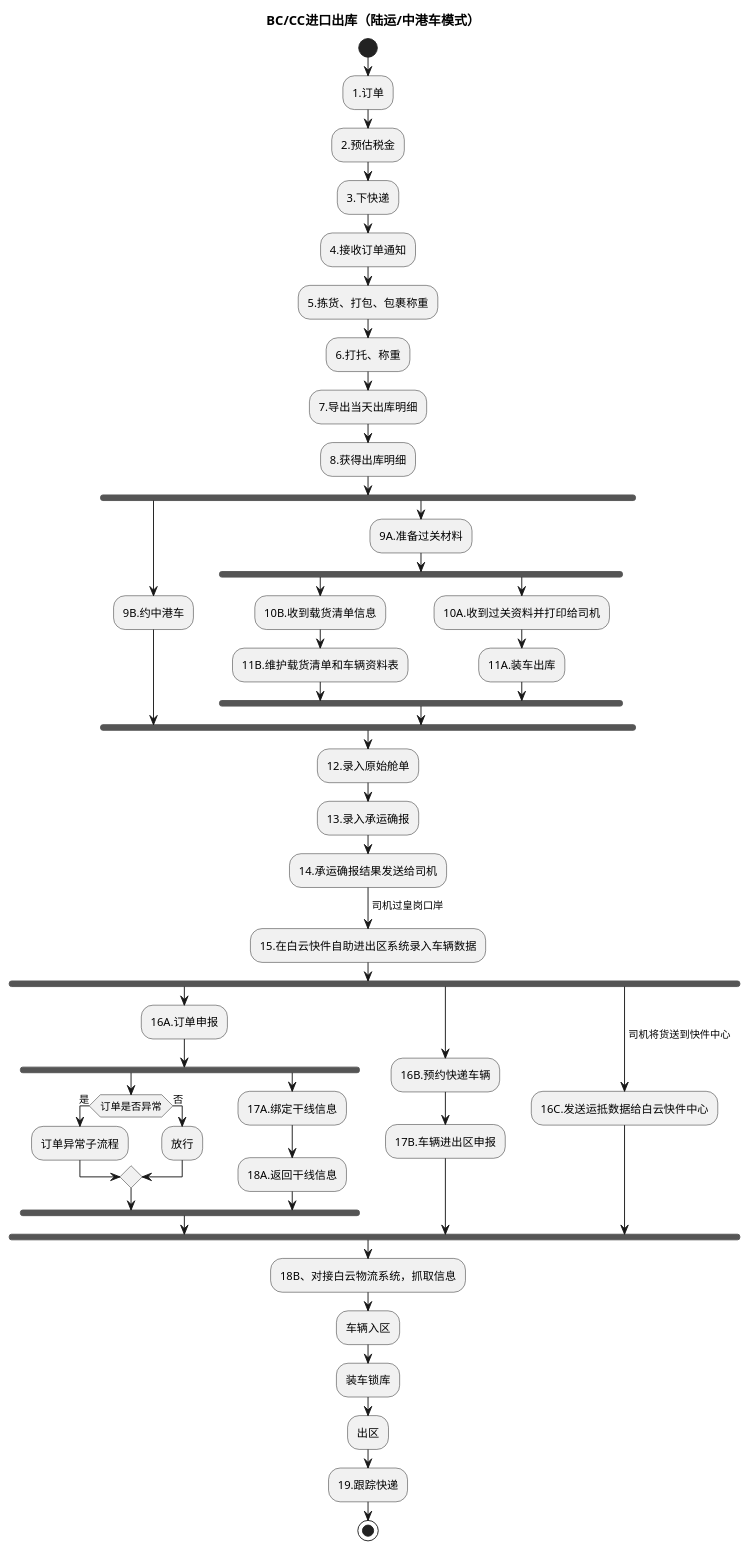
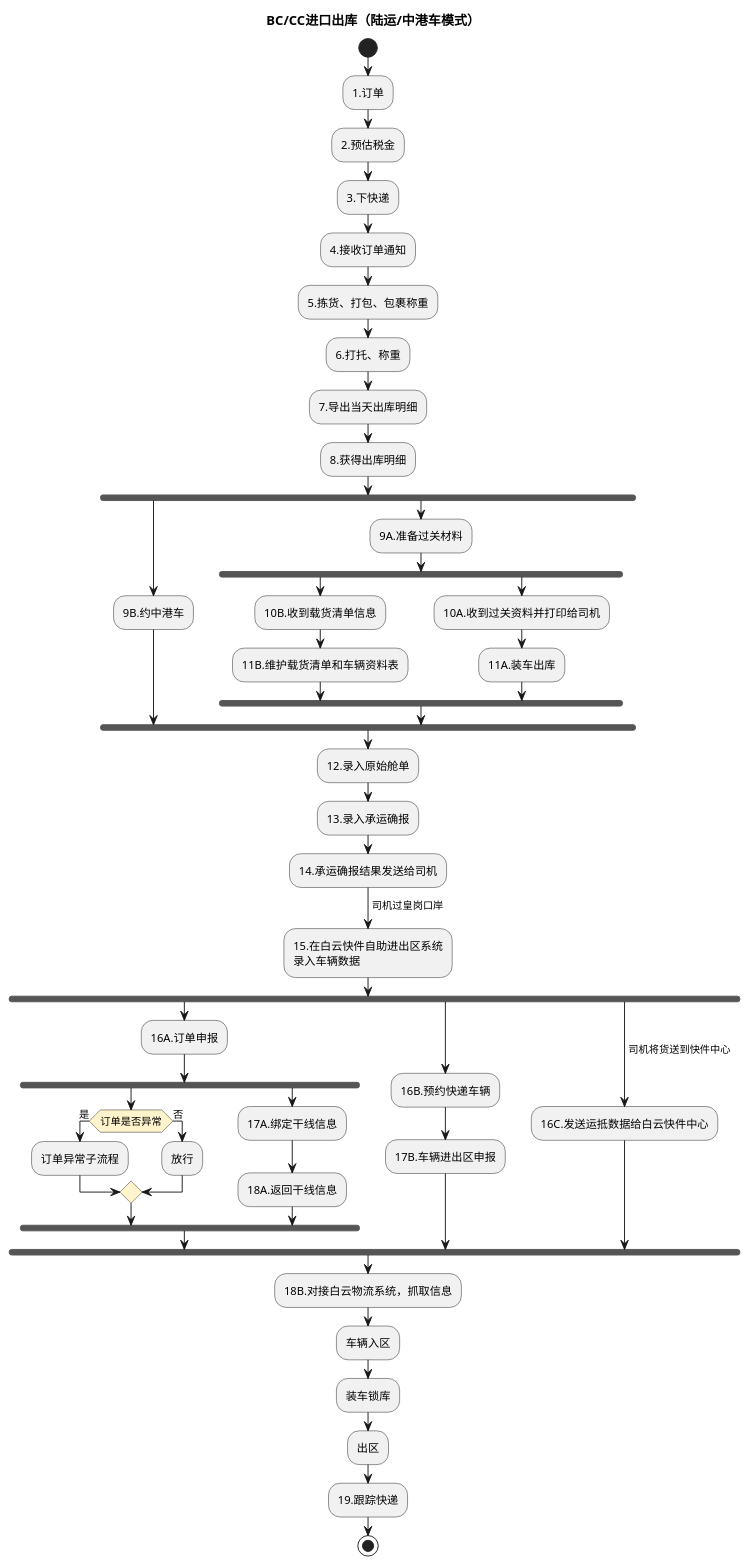
One commit to jack888332/projects-doc changed the fourth of 6 diagrams in product-caliber/goldjet/segmented-prd/mainflow/PRD.高捷物流系统一期.主流程.05.跨境电商BC、个人物品CC进口详细流程.md. Above: the diagram before and after it, drawn with PlantUML. The commit also changed other lines of this file and 20 other files, not shown here.

Commit message:
优化流程表对应的DLS图

````diff
--- a/product-caliber/goldjet/segmented-prd/mainflow/PRD.高捷物流系统一期.主流程.05.跨境电商BC、个人物品CC进口详细流程.md
+++ b/product-caliber/goldjet/segmented-prd/mainflow/PRD.高捷物流系统一期.主流程.05.跨境电商BC、个人物品CC进口详细流程.md
@@ -121,56 +124,57 @@
 ```plantuml
 @startuml
+skinparam activityDiamondBackgroundColor #FFF4CC
 title BC/CC进口出库（陆运/中港车模式）
 start
 :1.订单;
 :2.预估税金;
 :3.下快递;
 :4.接收订单通知;
 :5.拣货、打包、包裹称重;
 :6.打托、称重;
 :7.导出当天出库明细;
 :8.获得出库明细;
 fork
   :9B.约中港车;
 fork again
   :9A.准备过关材料;
   fork
     :10B.收到载货清单信息;
     :11B.维护载货清单和车辆资料表;
   fork again
     :10A.收到过关资料并打印给司机;
     :11A.装车出库;
   end fork
 end fork
 :12.录入原始舱单;
 :13.录入承运确报;
 :14.承运确报结果发送给司机;
 -> 司机过皇岗口岸;
-:15.在白云快件自助进出区系统录入车辆数据;
+:15.在白云快件自助进出区系统\n录入车辆数据;
 fork
   :16A.订单申报;
   fork
     if (订单是否异常) then (是)
       :订单异常子流程;
     else (否)
       :放行;
     endif
   fork again
     :17A.绑定干线信息;
     :18A.返回干线信息;
   end fork
 fork again
   :16B.预约快递车辆;
   :17B.车辆进出区申报;
 fork again
   -> 司机将货送到快件中心;
   :16C.发送运抵数据给白云快件中心;
 end fork
-:18B、对接白云物流系统，抓取信息;
+:18B.对接白云物流系统，抓取信息;
 :车辆入区;
 :装车锁库;
 :出区;
 :19.跟踪快递;
 stop
 @enduml
 ```
````
